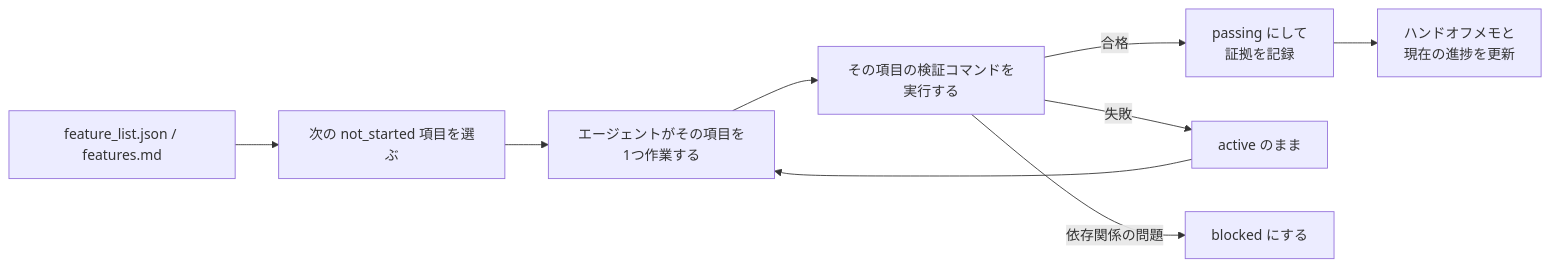
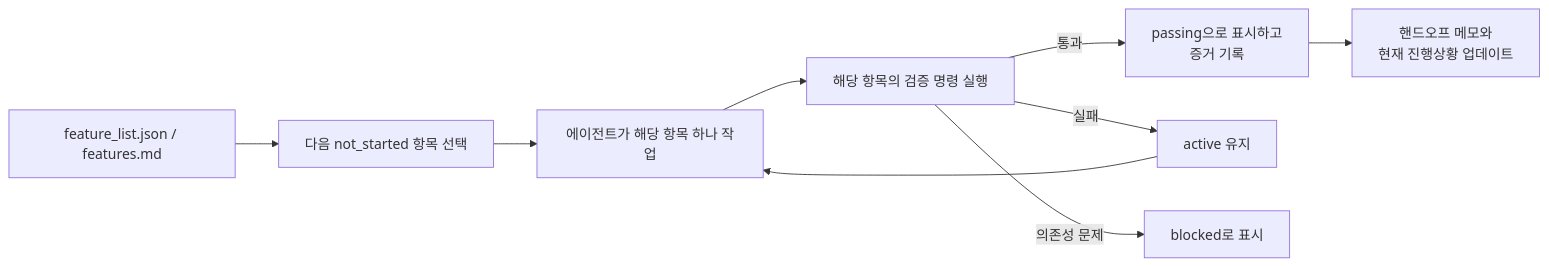
One commit to mkusaka/learn-harness-engineering changed the second of 2 diagrams in docs/ko/lectures/lecture-08-why-feature-lists-are-harness-primitives/index.md. Above: the diagram before and after it, drawn with Mermaid. The commit also changed other lines of this file and 684 other files, not shown here.

````diff
--- a/docs/ko/lectures/lecture-08-why-feature-lists-are-harness-primitives/index.md
+++ b/docs/ko/lectures/lecture-08-why-feature-lists-are-harness-primitives/index.md
@@ -40,11 +40,11 @@
 ```mermaid
 flowchart LR
-    List["feature_list.json / features.md"] --> Scheduler["次の not_started 項目を選ぶ"]
-    Scheduler --> Agent["エージェントがその項目を1つ作業する"]
-    Agent --> Verifier["その項目の検証コマンドを実行する"]
-    Verifier -->|合格| Passing["passing にして<br/>証拠を記録"]
-    Verifier -->|失敗| Active["active のまま"]
-    Verifier -->|依存関係の問題| Blocked["blocked にする"]
-    Passing --> Handoff["ハンドオフメモと<br/>現在の進捗を更新"]
+    List["feature_list.json / features.md"] --> Scheduler["다음 not_started 항목 선택"]
+    Scheduler --> Agent["에이전트가 해당 항목 하나 작업"]
+    Agent --> Verifier["해당 항목의 검증 명령 실행"]
+    Verifier -->|통과| Passing["passing으로 표시하고<br/>증거 기록"]
+    Verifier -->|실패| Active["active 유지"]
+    Verifier -->|의존성 문제| Blocked["blocked로 표시"]
+    Passing --> Handoff["핸드오프 메모와<br/>현재 진행상황 업데이트"]
     Active --> Agent
 ```
````
